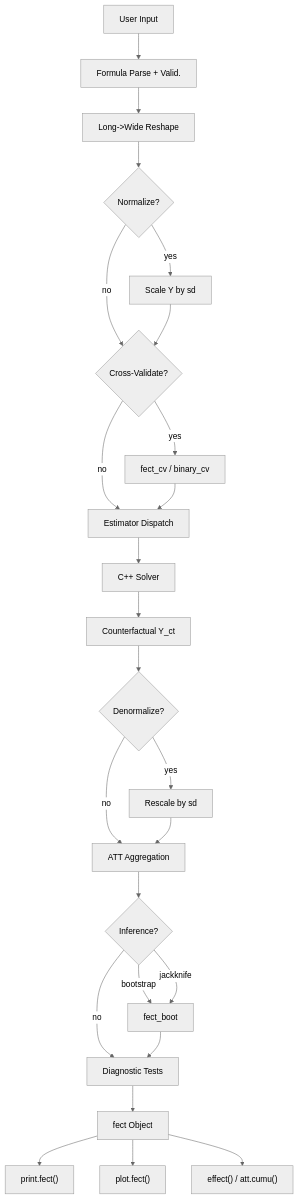
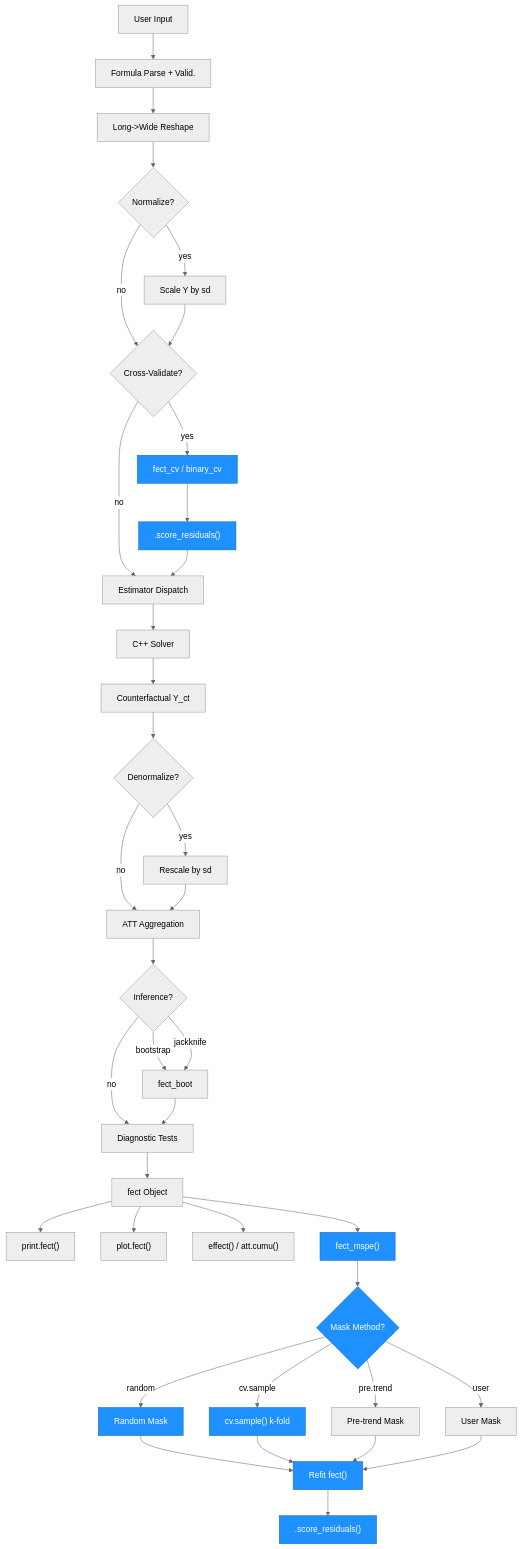
One commit to xuyiqing/fect changed the fifth of 5 diagrams in architecture.md. Above: the diagram before and after it, drawn with Mermaid. The commit also changed other lines of this file and 12 other files, not shown here.

First line of the commit message:
refactor: unify CV scoring with shared .score_residuals()

````diff
--- a/architecture.md
+++ b/architecture.md
@@ -280,28 +298,49 @@
 ```mermaid
 %%{init: {'theme': 'neutral'}}%%
 graph TD
     Input["User Input"] --> Parse["Formula Parse + Valid."]
     Parse --> Reshape["Long->Wide Reshape"]
     Reshape --> NormQ{"Normalize?"}
     NormQ -->|yes| Norm["Scale Y by sd"]
     NormQ -->|no| CVQ
     Norm --> CVQ{"Cross-Validate?"}
     CVQ -->|yes| CVStep["fect_cv / binary_cv"]
     CVQ -->|no| Estimate
-    CVStep --> Estimate["Estimator Dispatch"]
+    CVStep --> ScoreCV[".score_residuals()"]
+    ScoreCV --> Estimate["Estimator Dispatch"]
     Estimate --> CppSolver["C++ Solver"]
     CppSolver --> Counterfactual["Counterfactual Y_ct"]
     Counterfactual --> DenormQ{"Denormalize?"}
     DenormQ -->|yes| Denorm["Rescale by sd"]
     DenormQ -->|no| ATT
     Denorm --> ATT["ATT Aggregation"]
     ATT --> InfQ{"Inference?"}
     InfQ -->|bootstrap| Boot["fect_boot"]
     InfQ -->|jackknife| Boot
     InfQ -->|no| Diag
     Boot --> Diag["Diagnostic Tests"]
     Diag --> FectObj["fect Object"]
     FectObj --> PrintOut["print.fect()"]
     FectObj --> PlotOut["plot.fect()"]
     FectObj --> EffectOut["effect() / att.cumu()"]
+    FectObj --> MspeOut["fect_mspe()"]
+    MspeOut --> MaskQ{"Mask Method?"}
+    MaskQ -->|random| RandMask["Random Mask"]
+    MaskQ -->|cv.sample| CvMask["cv.sample() k-fold"]
+    MaskQ -->|pre.trend| PtMask["Pre-trend Mask"]
+    MaskQ -->|user| UserMask["User Mask"]
+    RandMask --> Refit["Refit fect()"]
+    CvMask --> Refit
+    PtMask --> Refit
+    UserMask --> Refit
+    Refit --> ScoreMspe[".score_residuals()"]
+
+    style CVStep fill:#1e90ff,stroke:#1565c0,color:#fff
+    style ScoreCV fill:#1e90ff,stroke:#1565c0,color:#fff
+    style MspeOut fill:#1e90ff,stroke:#1565c0,color:#fff
+    style MaskQ fill:#1e90ff,stroke:#1565c0,color:#fff
+    style RandMask fill:#1e90ff,stroke:#1565c0,color:#fff
+    style CvMask fill:#1e90ff,stroke:#1565c0,color:#fff
+    style ScoreMspe fill:#1e90ff,stroke:#1565c0,color:#fff
+    style Refit fill:#1e90ff,stroke:#1565c0,color:#fff
 ```
````
